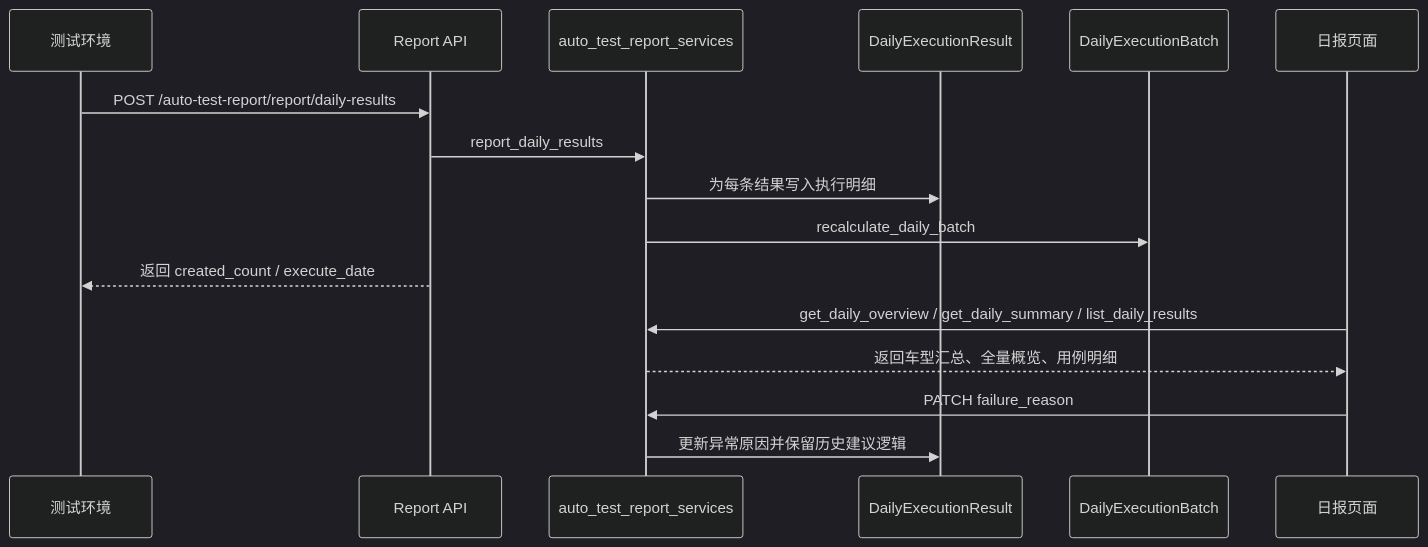
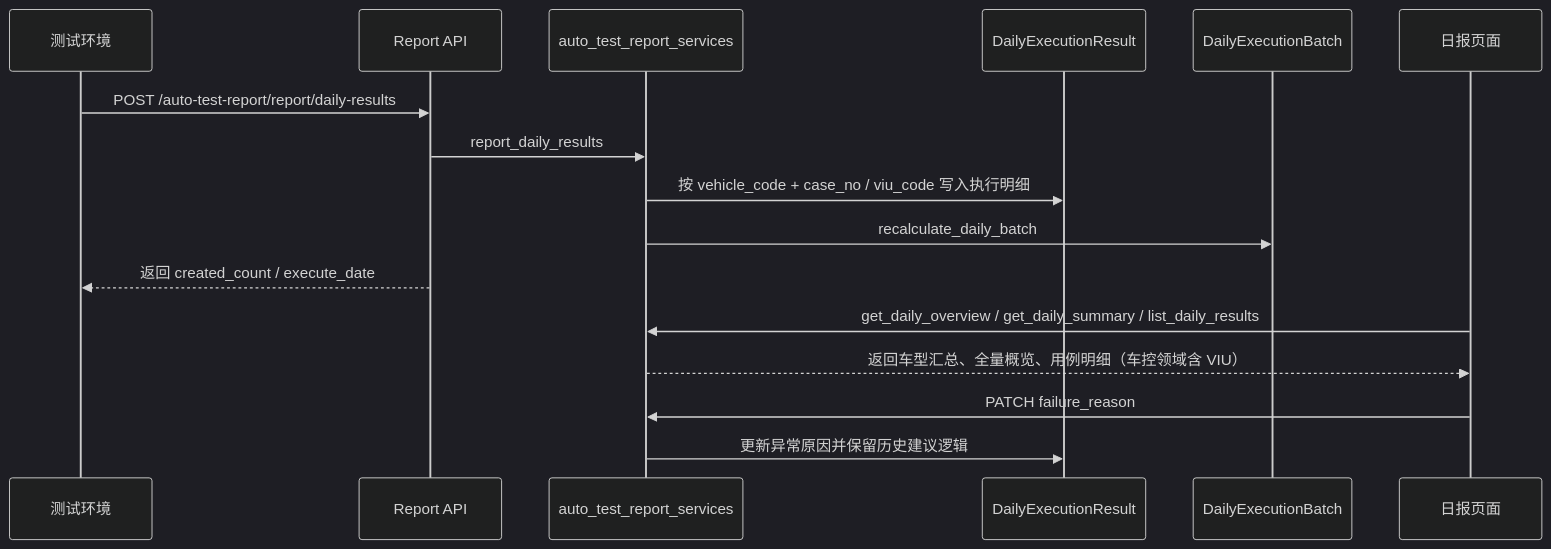
One commit to zrqg-znb/Focus_Admin changed the second of 2 diagrams in web/docs/src/modules/auto-test-report.md. Above: the diagram before and after it, drawn with Mermaid (dark theme). The commit also changed other lines of this file and 22 other files, not shown here.

````diff
--- a/web/docs/src/modules/auto-test-report.md
+++ b/web/docs/src/modules/auto-test-report.md
@@ -285,20 +302,20 @@
 ```mermaid
 sequenceDiagram
     participant Client as 测试环境
     participant ReportAPI as Report API
     participant Service as auto_test_report_services
     participant Result as DailyExecutionResult
     participant Batch as DailyExecutionBatch
     participant UI as 日报页面
 
     Client->>ReportAPI: POST /auto-test-report/report/daily-results
     ReportAPI->>Service: report_daily_results
-    Service->>Result: 为每条结果写入执行明细
+    Service->>Result: 按 vehicle_code + case_no / viu_code 写入执行明细
     Service->>Batch: recalculate_daily_batch
     ReportAPI-->>Client: 返回 created_count / execute_date
 
     UI->>Service: get_daily_overview / get_daily_summary / list_daily_results
-    Service-->>UI: 返回车型汇总、全量概览、用例明细
+    Service-->>UI: 返回车型汇总、全量概览、用例明细（车控领域含 VIU）
     UI->>Service: PATCH failure_reason
     Service->>Result: 更新异常原因并保留历史建议逻辑
 ```
````
